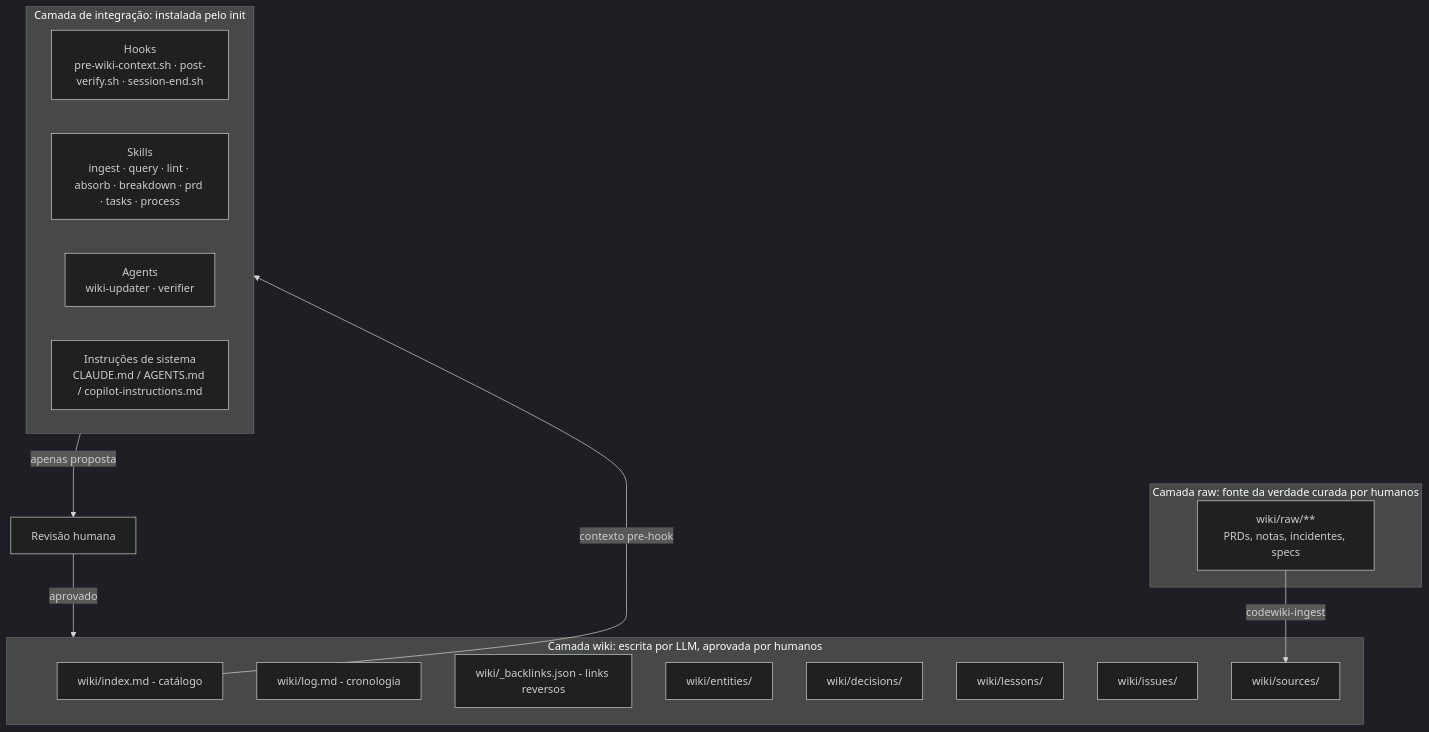
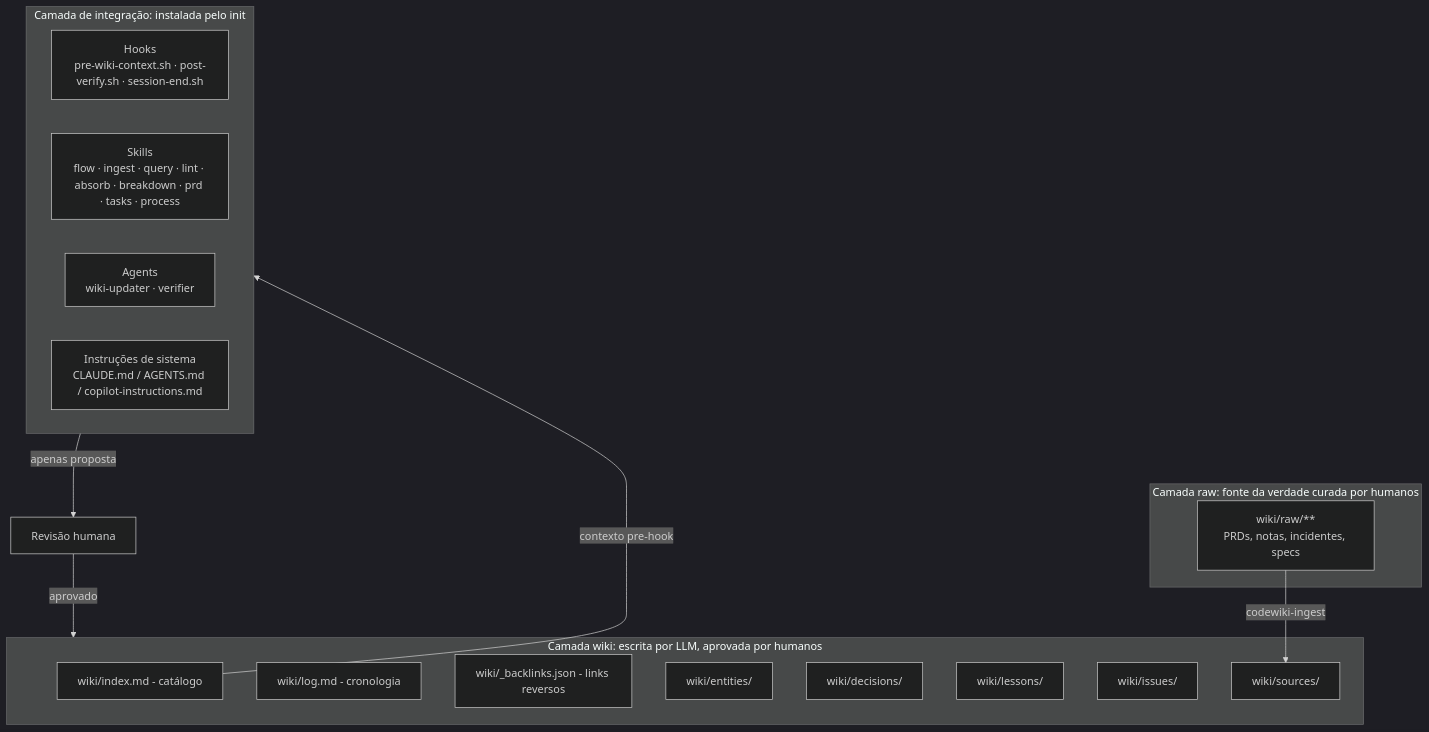
Before and after one commit to giuice/CodeWiki: the second of 2 diagrams in README.pt-BR.md, drawn with Mermaid (dark theme). The commit also changed other lines of this file and 38 other files, not shown here.

First line of the commit message:
Feature/improving skills flow (#5)

````diff
--- a/README.pt-BR.md
+++ b/README.pt-BR.md
@@ -105,29 +107,29 @@
 ```mermaid
 flowchart TB
   subgraph Raw[Camada raw: fonte da verdade curada por humanos]
     R1[wiki/raw/**<br/>PRDs, notas, incidentes, specs]
   end
 
   subgraph Wiki[Camada wiki: escrita por LLM, aprovada por humanos]
     W1[wiki/index.md - catálogo]
     W2[wiki/log.md - cronologia]
     W8[wiki/_backlinks.json - links reversos]
     W3[wiki/entities/]
     W4[wiki/decisions/]
     W5[wiki/lessons/]
     W6[wiki/issues/]
     W7[wiki/sources/]
   end
 
   subgraph ToolIntegration[Camada de integração: instalada pelo init]
     H1[Hooks<br/>pre-wiki-context.sh · post-verify.sh · session-end.sh]
-    SK[Skills<br/>ingest · query · lint · absorb · breakdown · prd · tasks · process]
+    SK[Skills<br/>flow · ingest · query · lint · absorb · breakdown · prd · tasks · process]
     AG[Agents<br/>wiki-updater · verifier]
     SI[Instruções de sistema<br/>CLAUDE.md / AGENTS.md / copilot-instructions.md]
   end
 
   R1 -->|codewiki-ingest| W7
   W1 -->|contexto pre-hook| ToolIntegration
   ToolIntegration -->|apenas proposta| Review[Revisão humana]
   Review -->|aprovado| Wiki
 ```
````
